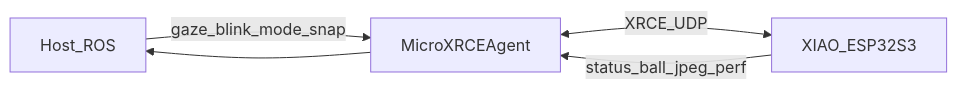
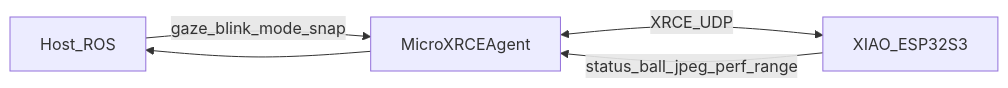
The diagram in docs/ROS_TOPICS.md (Nutz95/ROSEyes), drawn with Mermaid before and after one commit. The commit also changed other lines of this file and 3 other files, not shown here.

````diff
--- a/docs/ROS_TOPICS.md
+++ b/docs/ROS_TOPICS.md
@@ -30,11 +31,11 @@
 ```mermaid
 flowchart LR
   Host[Host_ROS]
   Agent[MicroXRCEAgent]
   Esp[XIAO_ESP32S3]
 
   Host -->|gaze_blink_mode_snap| Agent
   Agent <-->|XRCE_UDP| Esp
-  Esp -->|status_ball_jpeg_perf| Agent
+  Esp -->|status_ball_jpeg_perf_range| Agent
   Agent --> Host
 ```
````
